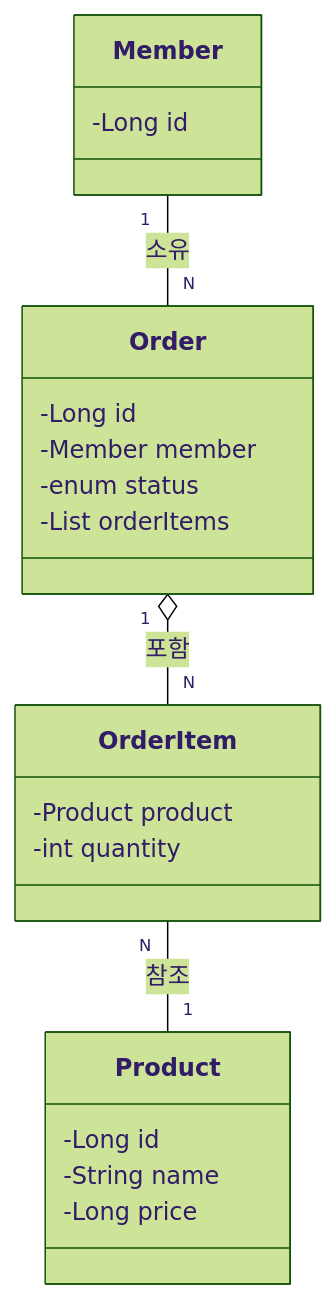
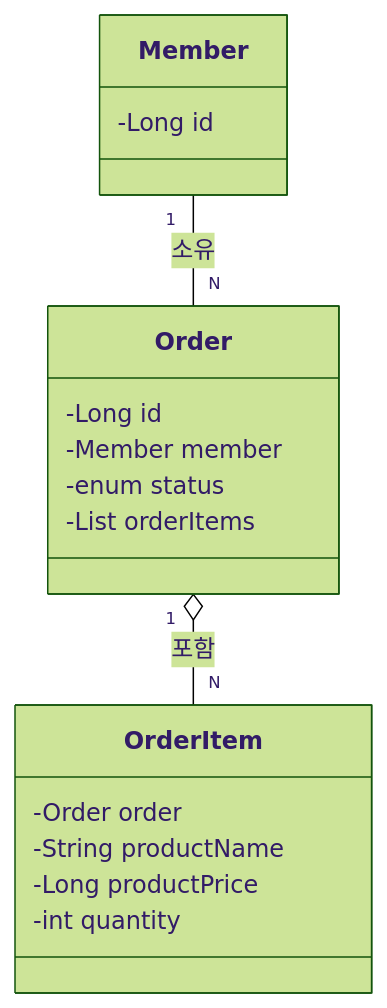
One commit to dhgu-dev/e-commerce changed the eighth of 9 diagrams in docs/design/03-class-diagrams.md. Above: the diagram before and after it, drawn with Mermaid (forest theme). The commit also changed other lines of this file and 3 other files, not shown here.

First line of the commit message:
docs: 시퀀스 및 클래스 다이어그램 개선 (#11)

````diff
--- a/docs/design/03-class-diagrams.md
+++ b/docs/design/03-class-diagrams.md
@@ -163,25 +158,21 @@
 ```mermaid
 classDiagram
     class Member {
         -Long id
     }
     class Order {
         -Long id
         -Member member
         -enum status
         -List<OrderItem> orderItems
     }
     class OrderItem {
-        -Product product
+        -Order order
+        -String productName
+        -Long productPrice
         -int quantity
-    }
-    class Product {
-        -Long id
-        -String name
-        -Long price
     }
 
     Member "1" -- "N" Order : 소유
     Order "1" o-- "N" OrderItem : 포함
-    OrderItem "N" -- "1" Product : 참조
 ```
````
